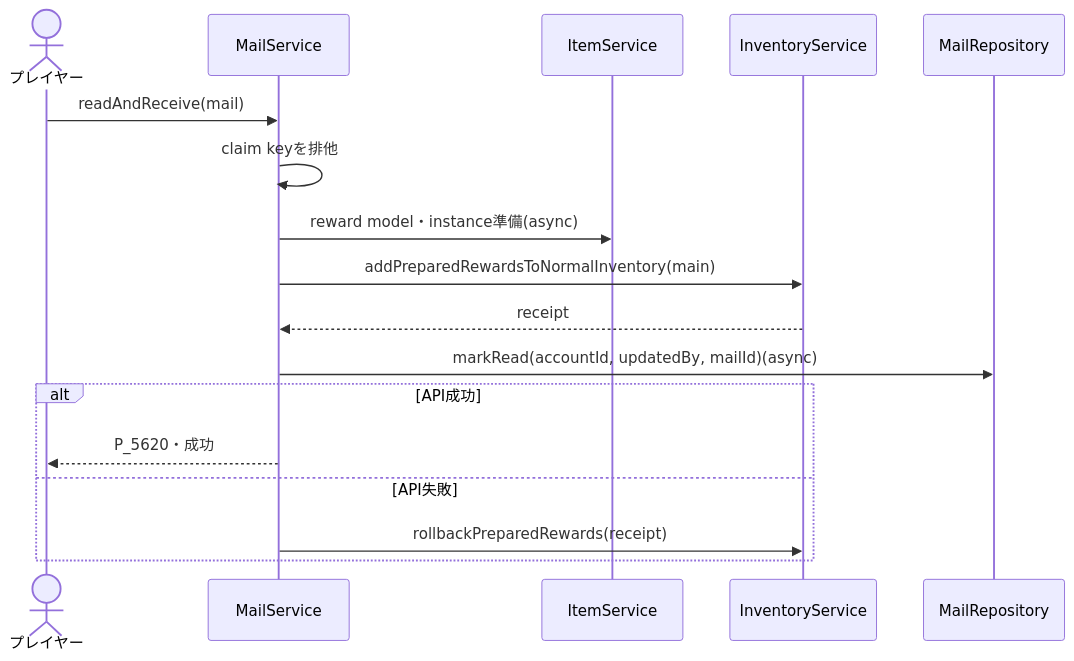
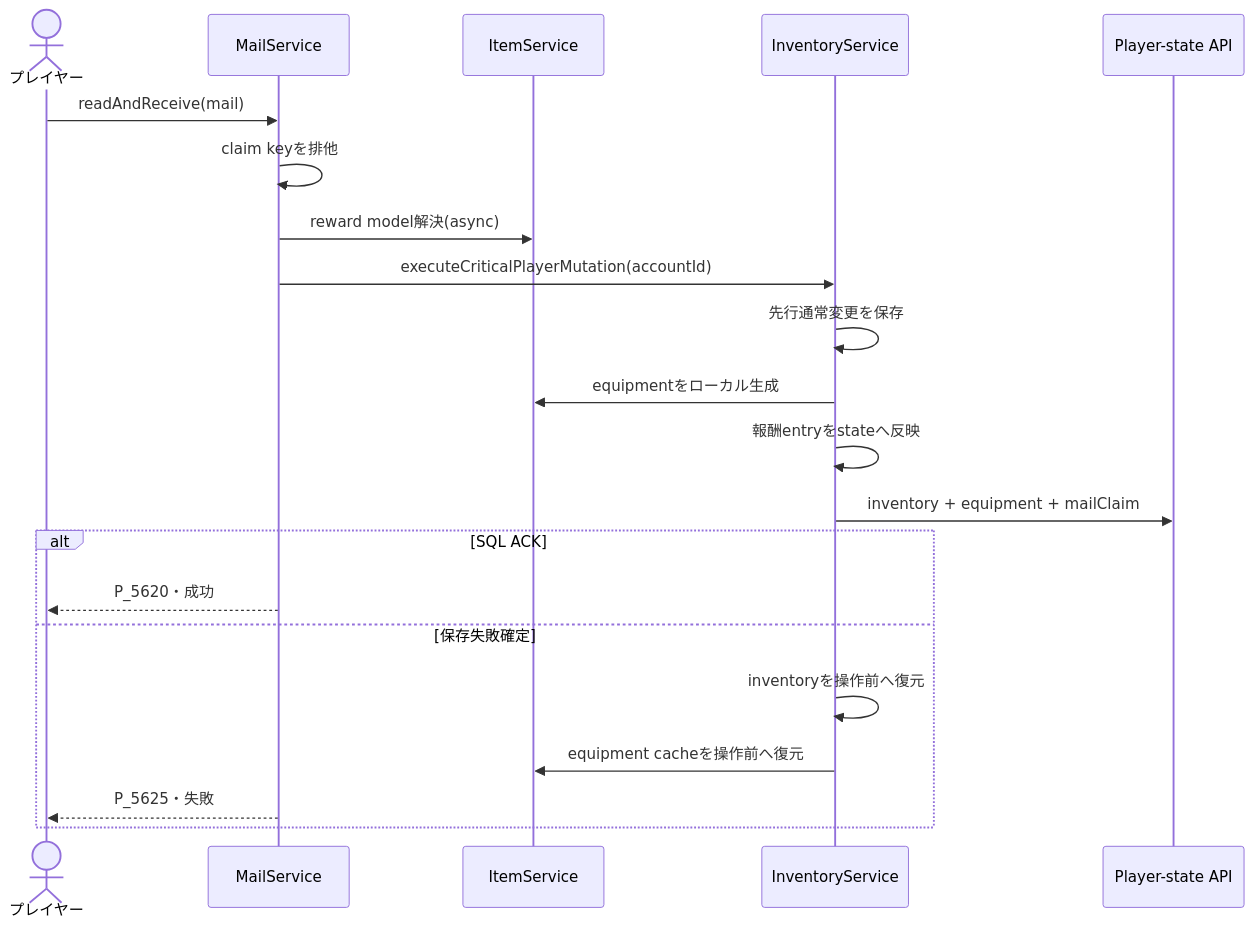
One commit to maaasu/AstralRecord-Workspace changed the second of 3 diagrams in 00_docs/10_Plugin設計書/feature/18-mail/18_4-統合フロー.md. Above: the diagram before and after it, drawn with Mermaid. The commit also changed other lines of this file and 213 other files, not shown here.

````diff
--- a/00_docs/10_Plugin設計書/feature/18-mail/18_4-統合フロー.md
+++ b/00_docs/10_Plugin設計書/feature/18-mail/18_4-統合フロー.md
@@ -38,19 +38,23 @@
 ```mermaid
 sequenceDiagram
     actor Player as プレイヤー
     participant Service as MailService
     participant Item as ItemService
     participant Inventory as InventoryService
-    participant Repo as MailRepository
+    participant API as Player-state API
     Player->>Service: readAndReceive(mail)
     Service->>Service: claim keyを排他
-    Service->>Item: reward model・instance準備(async)
-    Service->>Inventory: addPreparedRewardsToNormalInventory(main)
-    Inventory-->>Service: receipt
-    Service->>Repo: markRead(accountId, updatedBy, mailId)(async)
-    alt API成功
+    Service->>Item: reward model解決(async)
+    Service->>Inventory: executeCriticalPlayerMutation(accountId)
+    Inventory->>Inventory: 先行通常変更を保存
+    Inventory->>Item: equipmentをローカル生成
+    Inventory->>Inventory: 報酬entryをstateへ反映
+    Inventory->>API: inventory + equipment + mailClaim
+    alt SQL ACK
         Service-->>Player: P_5620・成功
-    else API失敗
-        Service->>Inventory: rollbackPreparedRewards(receipt)
+    else 保存失敗確定
+        Inventory->>Inventory: inventoryを操作前へ復元
+        Inventory->>Item: equipment cacheを操作前へ復元
+        Service-->>Player: P_5625・失敗
     end
 ```
````
